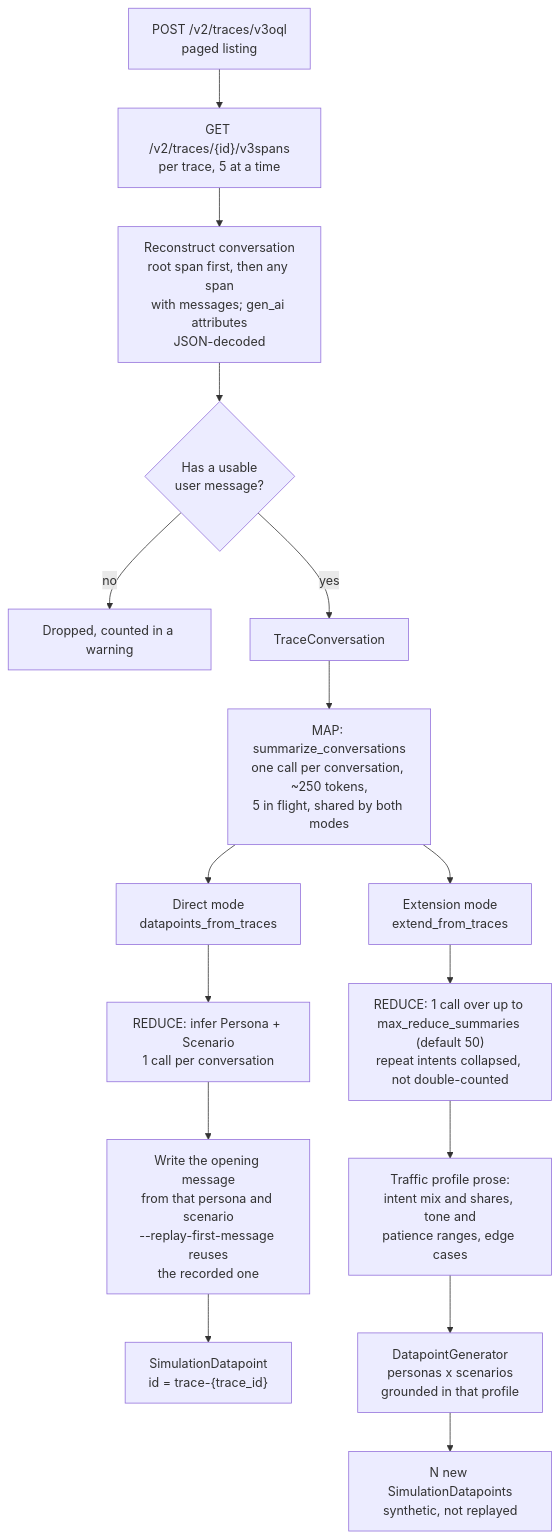
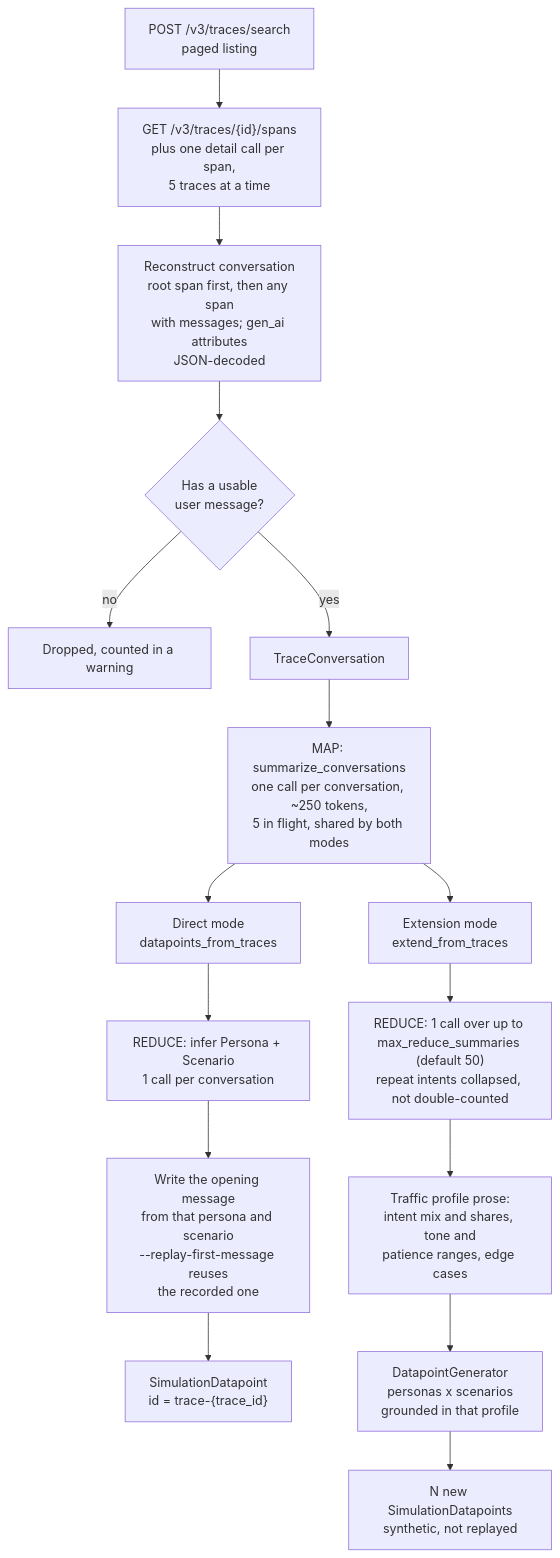
One commit to orq-ai/evaluatorq changed the second of 2 diagrams in docs/guides/agent-simulation.md. Above: the diagram before and after it, drawn with Mermaid. The commit also changed 14 other files, not shown here.

````diff
--- a/docs/guides/agent-simulation.md
+++ b/docs/guides/agent-simulation.md
@@ -943,22 +943,22 @@
 ```mermaid
 flowchart TD
-    A["POST /v2/traces/v3oql<br/>paged listing"] --> B["GET /v2/traces/{id}/v3spans<br/>per trace, 5 at a time"]
+    A["POST /v3/traces/search<br/>paged listing"] --> B["GET /v3/traces/{id}/spans<br/>plus one detail call per span,<br/>5 traces at a time"]
     B --> C["Reconstruct conversation<br/>root span first, then any span<br/>with messages; gen_ai attributes<br/>JSON-decoded"]
     C --> D{"Has a usable<br/>user message?"}
     D -- "no" --> E["Dropped, counted in a warning"]
     D -- "yes" --> F["TraceConversation"]
 
     F --> S["MAP: summarize_conversations<br/>one call per conversation, ~250 tokens,<br/>5 in flight, shared by both modes"]
 
     S --> G["Direct mode<br/>datapoints_from_traces"]
     S --> H["Extension mode<br/>extend_from_traces"]
 
     G --> I["REDUCE: infer Persona + Scenario<br/>1 call per conversation"]
     I --> J["Write the opening message<br/>from that persona and scenario<br/>--replay-first-message reuses<br/>the recorded one"]
     J --> K["SimulationDatapoint<br/>id = trace-{trace_id}"]
 
     H --> L["REDUCE: 1 call over up to max_reduce_summaries (default 50)<br/>repeat intents collapsed, not double-counted"]
     L --> M["Traffic profile prose:<br/>intent mix and shares, tone and<br/>patience ranges, edge cases"]
     M --> N["DatapointGenerator<br/>personas x scenarios<br/>grounded in that profile"]
     N --> O["N new SimulationDatapoints<br/>synthetic, not replayed"]
 ```
````
